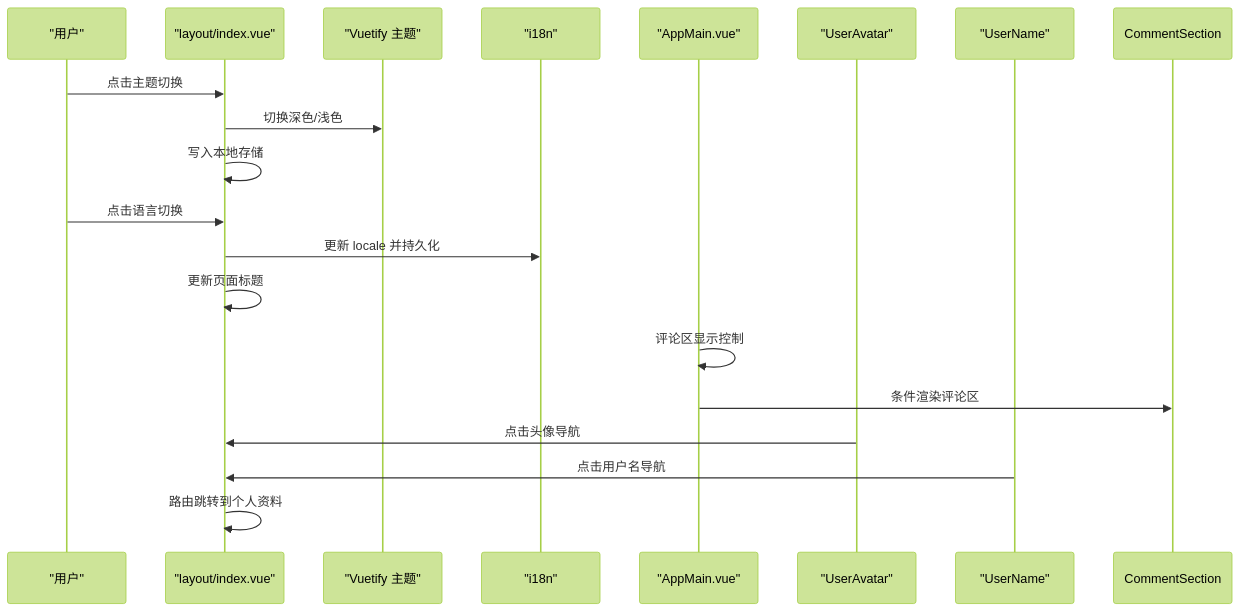
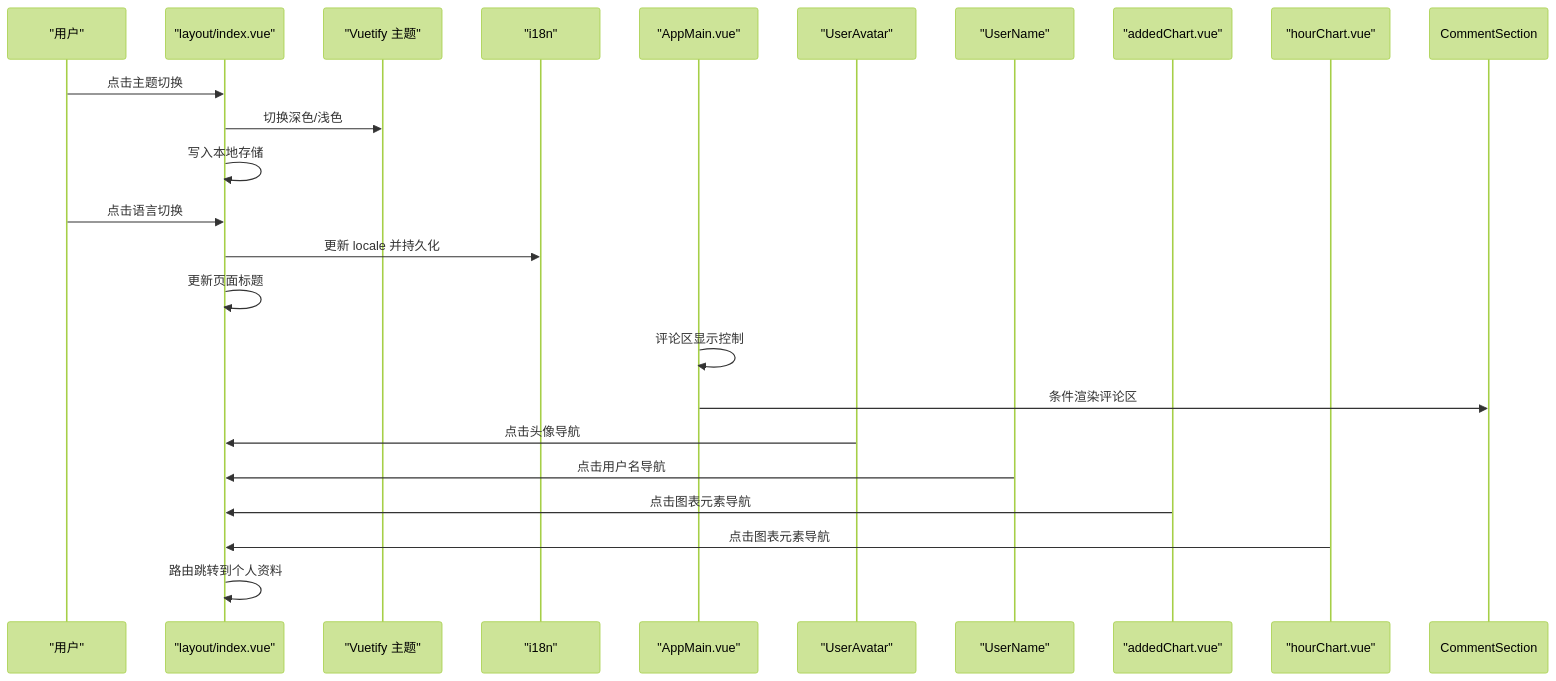
Diagram 11 of 14 in .qoder/repowiki/zh/content/前端应用/UI 组件库/UI 组件库.md (TinyMaD/SpeedRunnersLab), drawn with Mermaid (forest theme) before and after one commit. The commit also changed other lines of this file and 5 other files, not shown here.

````diff
--- a/.qoder/repowiki/zh/content/前端应用/UI 组件库/UI 组件库.md
+++ b/.qoder/repowiki/zh/content/前端应用/UI 组件库/UI 组件库.md
@@ -460,21 +476,25 @@
 ```mermaid
 sequenceDiagram
 participant User as "用户"
 participant Layout as "layout/index.vue"
 participant Vuetify as "Vuetify 主题"
 participant I18n as "i18n"
 participant AppMain as "AppMain.vue"
 participant Avatar as "UserAvatar"
 participant Name as "UserName"
+participant AddedChart as "addedChart.vue"
+participant HourChart as "hourChart.vue"
 User->>Layout : 点击主题切换
 Layout->>Vuetify : 切换深色/浅色
 Layout->>Layout : 写入本地存储
 User->>Layout : 点击语言切换
 Layout->>I18n : 更新 locale 并持久化
 Layout->>Layout : 更新页面标题
 AppMain->>AppMain : 评论区显示控制
 AppMain->>CommentSection : 条件渲染评论区
 Avatar->>Layout : 点击头像导航
 Name->>Layout : 点击用户名导航
+AddedChart->>Layout : 点击图表元素导航
+HourChart->>Layout : 点击图表元素导航
 Layout->>Layout : 路由跳转到个人资料
 ```
````
